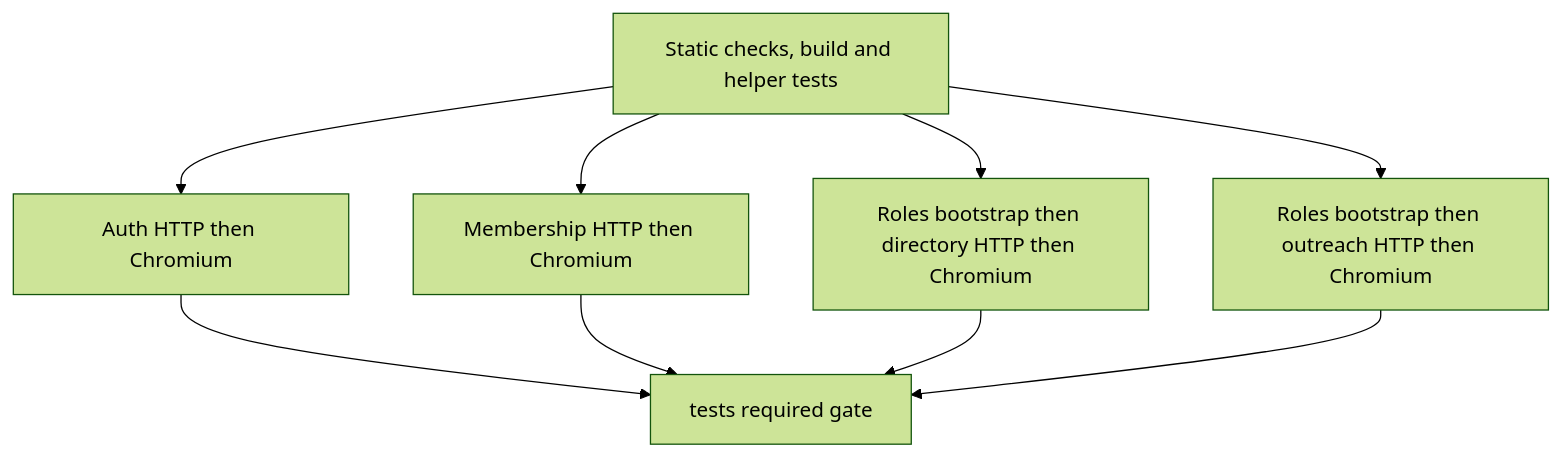
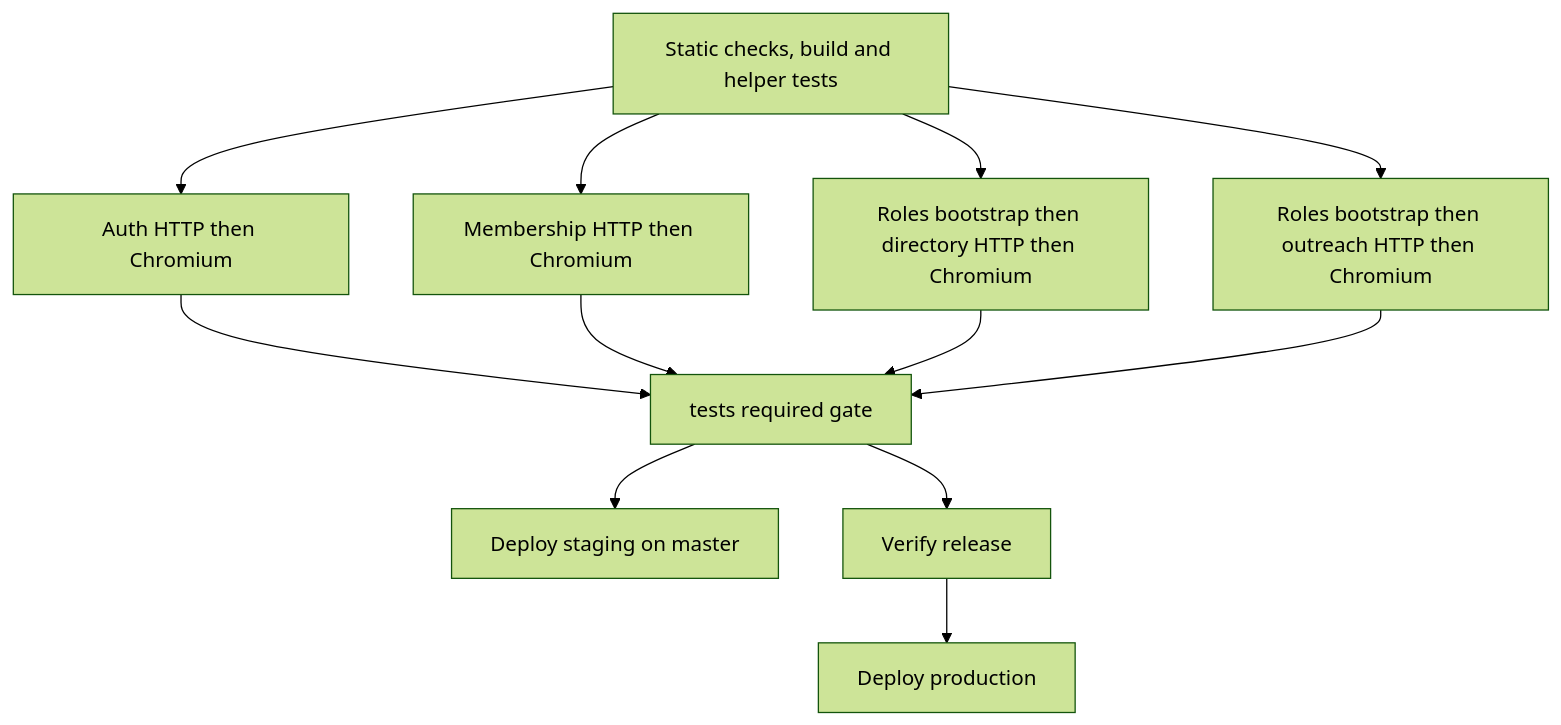
The diagram in docs/ci-testing.md (akbarsahata/alumni-platform), drawn with Mermaid (forest theme) before and after one commit. The commit also changed other lines of this file and 14 other files, not shown here.

Commit message:
Automate staging and release-gated production deployment

````diff
--- a/docs/ci-testing.md
+++ b/docs/ci-testing.md
@@ -11,12 +11,14 @@
 ```mermaid
 flowchart TD
   checks[Static checks, build and helper tests]
   checks --> auth[Auth HTTP then Chromium]
   checks --> membership[Membership HTTP then Chromium]
   checks --> directory[Roles bootstrap then directory HTTP then Chromium]
   checks --> outreach[Roles bootstrap then outreach HTTP then Chromium]
   auth --> gate[tests required gate]
   membership --> gate
   directory --> gate
   outreach --> gate
+  gate --> staging[Deploy staging on master]
+  gate --> release[Verify release] --> production[Deploy production]
 ```
````
